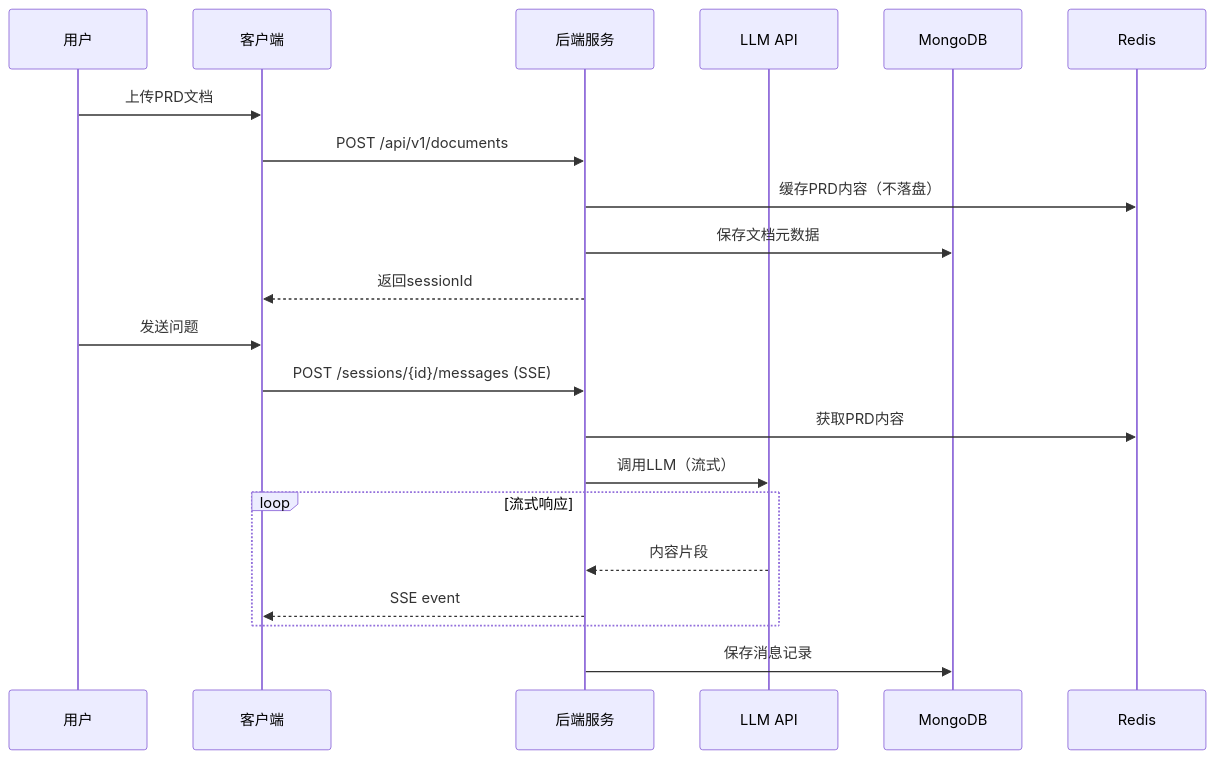
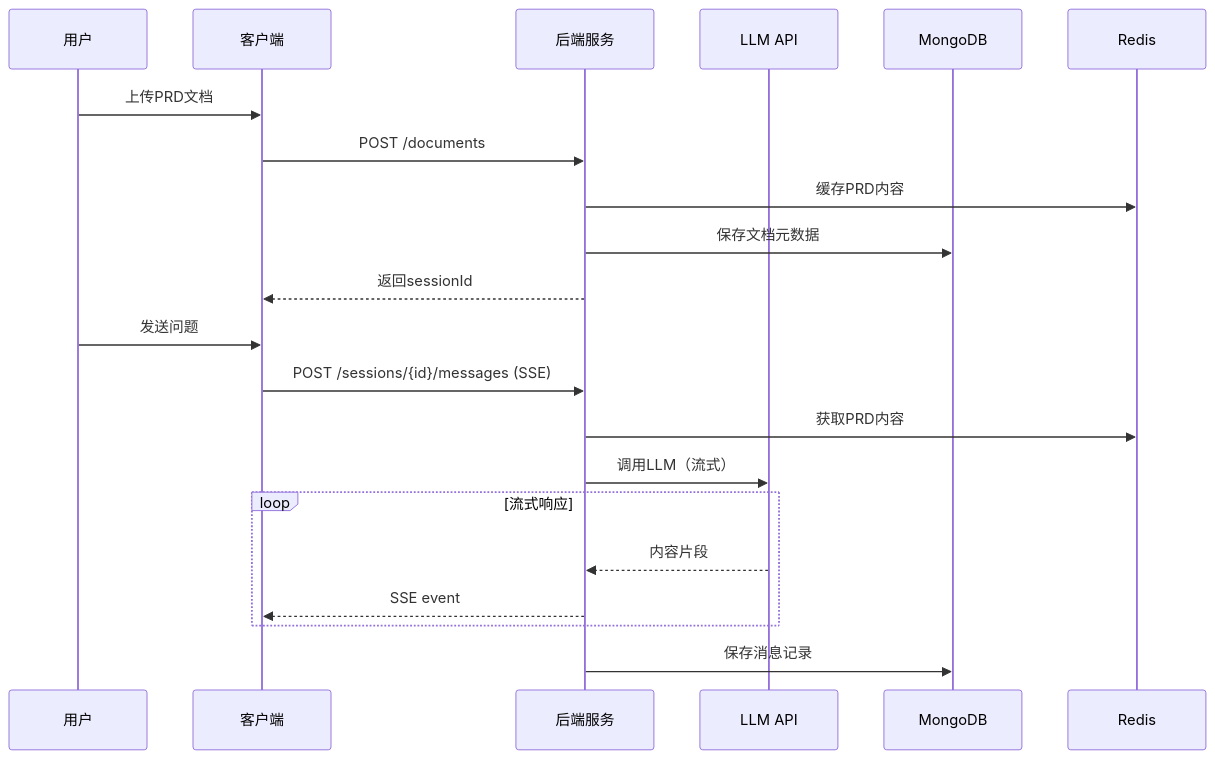
Before and after one commit to inernoro/prd_agent: the second of 2 diagrams in doc/4.dev.md, drawn with Mermaid. The commit also changed other lines of this file and 4 other files, not shown here.

````diff
--- a/doc/4.dev.md
+++ b/doc/4.dev.md
@@ -106,25 +108,25 @@
 ```mermaid
 sequenceDiagram
     participant U as 用户
     participant C as 客户端
     participant S as 后端服务
     participant L as LLM API
     participant M as MongoDB
     participant R as Redis
     
     U->>C: 上传PRD文档
-    C->>S: POST /api/v1/documents
-    S->>R: 缓存PRD内容（不落盘）
+    C->>S: POST /documents
+    S->>R: 缓存PRD内容
     S->>M: 保存文档元数据
     S-->>C: 返回sessionId
     
     U->>C: 发送问题
     C->>S: POST /sessions/{id}/messages (SSE)
     S->>R: 获取PRD内容
     S->>L: 调用LLM（流式）
     loop 流式响应
         L-->>S: 内容片段
         S-->>C: SSE event
     end
     S->>M: 保存消息记录
 ```
````
